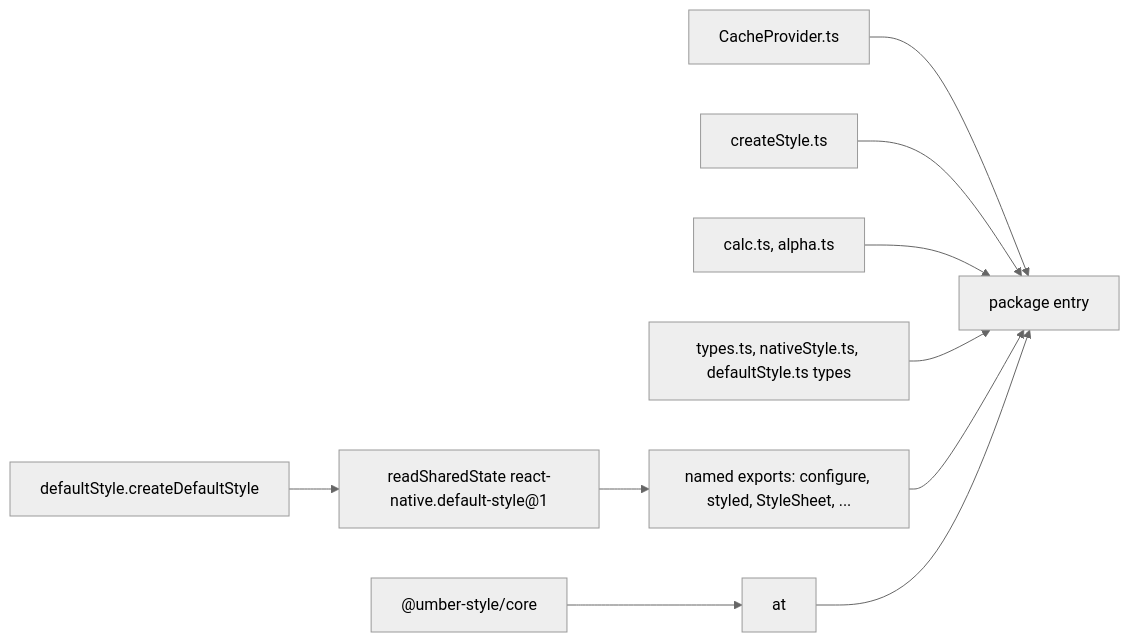
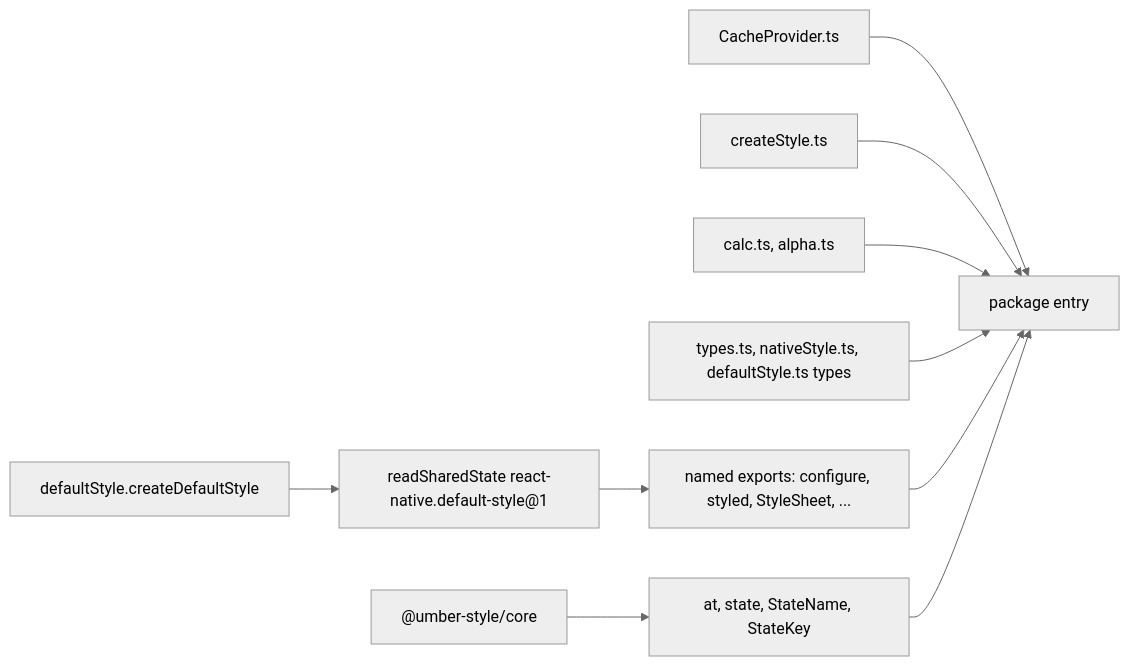
The diagram in packages/react-native/src/index.md (soroush-tech/umber-style), drawn with Mermaid (neutral theme) before and after one commit. The commit also changed other lines of this file and 80 other files, not shown here.

````diff
--- a/packages/react-native/src/index.md
+++ b/packages/react-native/src/index.md
@@ -19,12 +19,12 @@
 ```mermaid
 flowchart LR
   ds["defaultStyle.createDefaultStyle"] --> shared["readSharedState react-native.default-style@1"]
   shared --> members["named exports: configure, styled, StyleSheet, ..."]
-  core["@umber-style/core"] --> at["at"]
+  core["@umber-style/core"] --> at["at, state, StateName, StateKey"]
   cp["CacheProvider.ts"] --> out["package entry"]
   cs["createStyle.ts"] --> out
   calc["calc.ts, alpha.ts"] --> out
   types["types.ts, nativeStyle.ts, defaultStyle.ts types"] --> out
   members --> out
   at --> out
 ```
````
